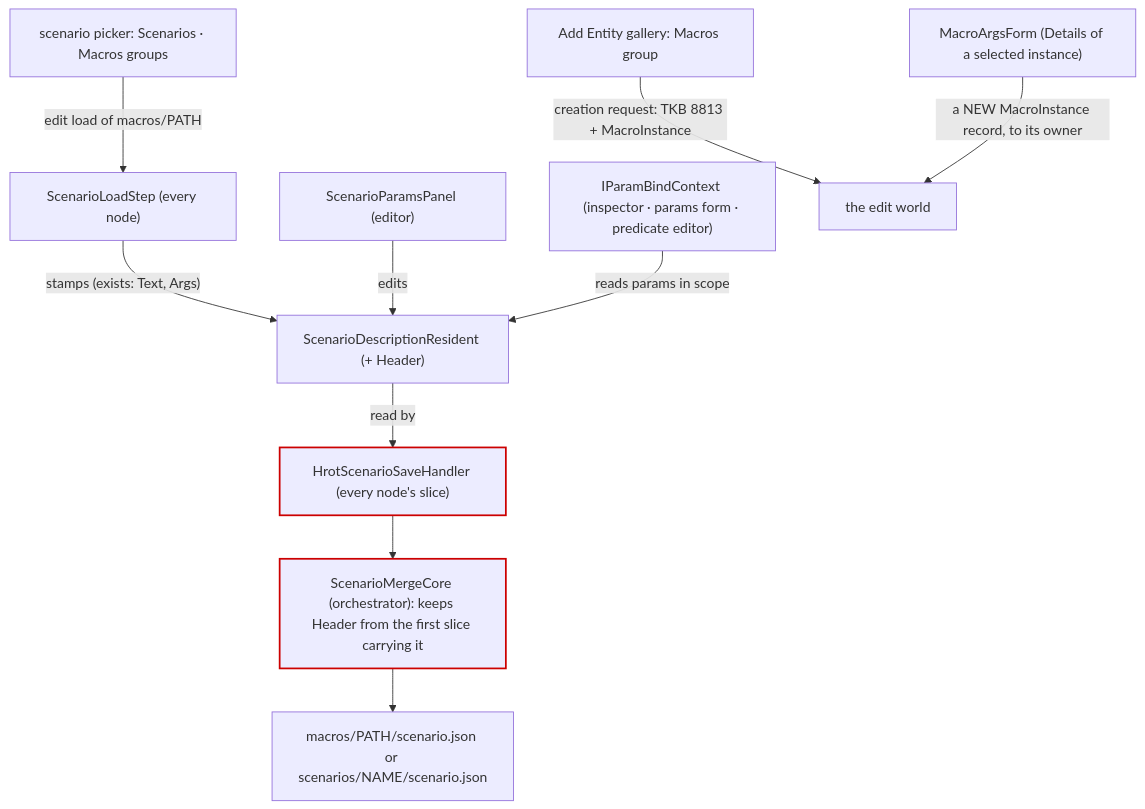
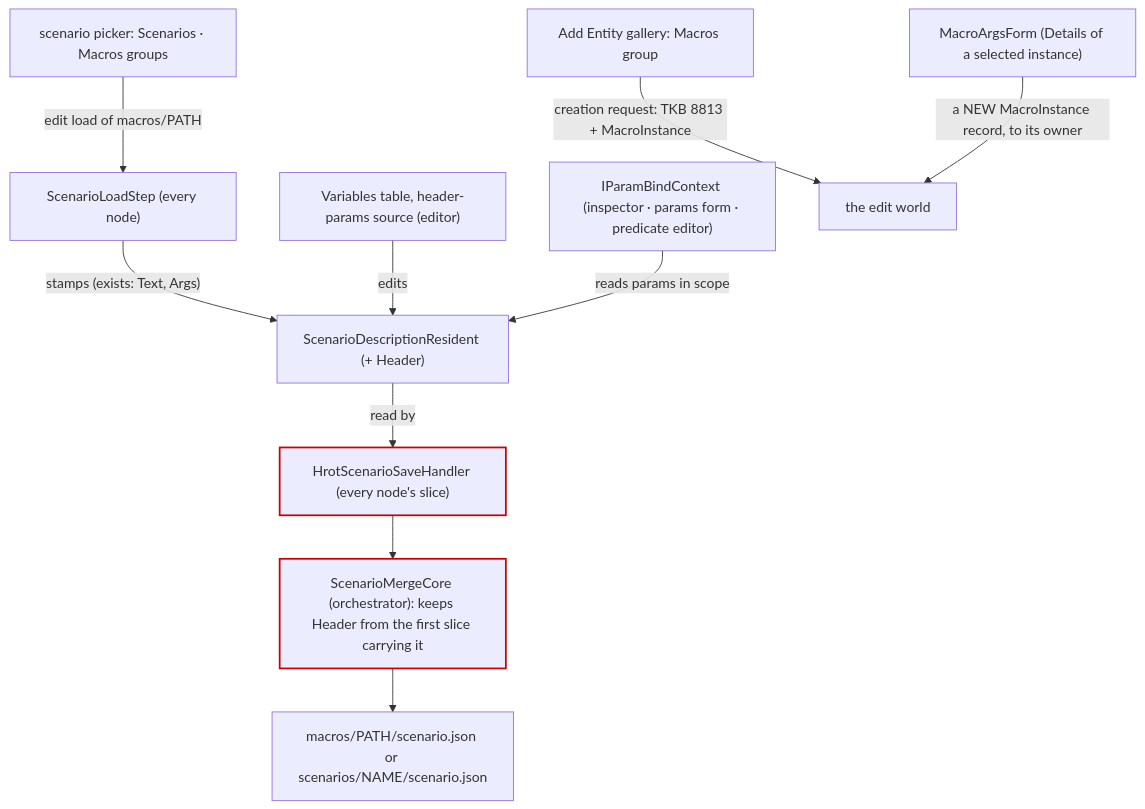
One commit to pjanec/HROT changed the third of 3 diagrams in docs/DESIGN_Macro_Authoring_Editor.md. Above: the diagram before and after it, drawn with Mermaid. The commit also changed other lines of this file, not shown here.

First line of the commit message:
CE-4210 design: MA-1 visible bind button (hover + chip), MA-5 params edited by the existing Variables table (one declaration editor for blackboard, scenario params, .params.json), MA-3 both type spellings

````diff
--- a/docs/DESIGN_Macro_Authoring_Editor.md
+++ b/docs/DESIGN_Macro_Authoring_Editor.md
@@ -107,14 +107,14 @@
 ```mermaid
 graph TD
     LOAD["ScenarioLoadStep (every node)"] -->|"stamps (exists: Text, Args)"| RES["ScenarioDescriptionResident (+ Header)"]
-    PANEL["ScenarioParamsPanel (editor)"] -->|edits| RES
+    PANEL["Variables table, header-params source (editor)"] -->|edits| RES
     BIND["IParamBindContext (inspector · params form · predicate editor)"] -->|"reads params in scope"| RES
     RES -->|"read by"| SAVE["HrotScenarioSaveHandler (every node's slice)"]
     SAVE --> MERGE["ScenarioMergeCore (orchestrator): keeps Header from the first slice carrying it"]
     MERGE --> FILE["macros/PATH/scenario.json or scenarios/NAME/scenario.json"]
     PICK["scenario picker: Scenarios · Macros groups"] -->|"edit load of macros/PATH"| LOAD
     GALLERY["Add Entity gallery: Macros group"] -->|"creation request: TKB 8813 + MacroInstance"| WORLD["the edit world"]
     ARGS["MacroArgsForm (Details of a selected instance)"] -->|"a NEW MacroInstance record, to its owner"| WORLD
     style MERGE stroke:#c00,stroke-width:2px
     style SAVE stroke:#c00,stroke-width:2px
 ```
````
